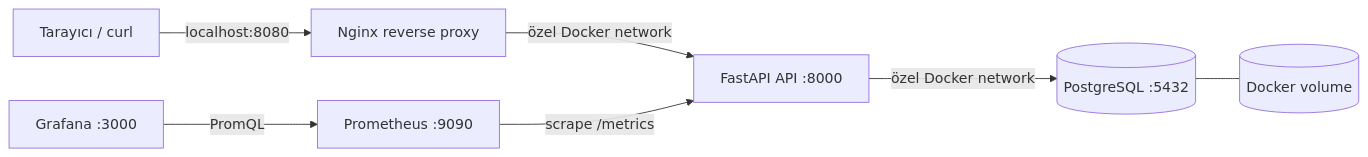
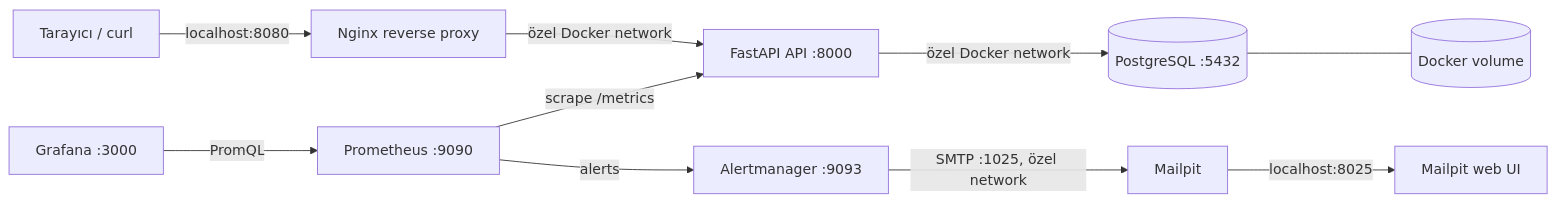
The diagram in README.md (negativexq/terraform-docker-infrastructure-lab), drawn with Mermaid before and after one commit. The commit also changed other lines of this file and 11 other files, not shown here.

Commit message:
feat: add local alerting with Alertmanager and Mailpit

````diff
--- a/README.md
+++ b/README.md
@@ -9,9 +9,12 @@
 ```mermaid
 flowchart LR
     Client[Tarayıcı / curl] -->|localhost:8080| Nginx[Nginx reverse proxy]
     Nginx -->|özel Docker network| API[FastAPI API :8000]
     API -->|özel Docker network| DB[(PostgreSQL :5432)]
     DB --- Volume[(Docker volume)]
     Prom[Prometheus :9090] -->|scrape /metrics| API
     Grafana[Grafana :3000] -->|PromQL| Prom
+    Prom -->|alerts| AM[Alertmanager :9093]
+    AM -->|SMTP :1025, özel network| Mailpit[Mailpit]
+    Mailpit -->|localhost:8025| MailpitUI[Mailpit web UI]
 ```
````
